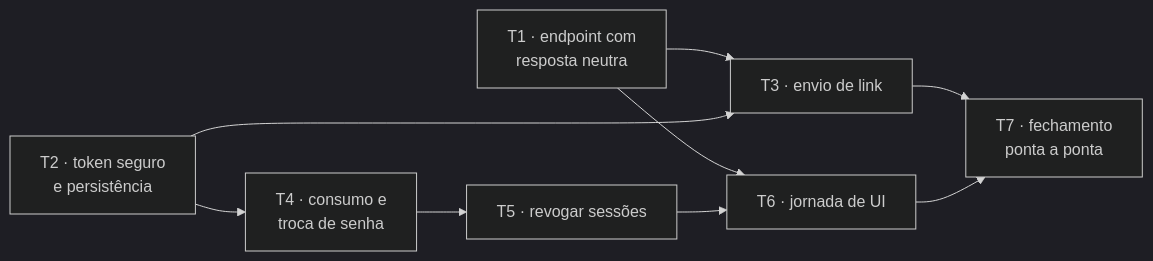
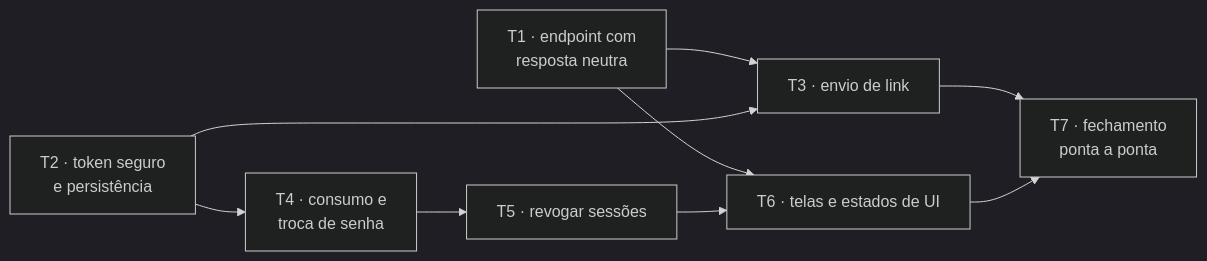
The first of 4 diagrams in docs/livro/08-estudo-de-caso.md (Erick-Marinho/do-zero-ao-agente), drawn with Mermaid (dark theme) before and after one commit. The commit also changed other lines of this file and 14 other files, not shown here.

````diff
--- a/docs/livro/08-estudo-de-caso.md
+++ b/docs/livro/08-estudo-de-caso.md
@@ -147,19 +147,19 @@
 ```mermaid
 flowchart LR
     T1[T1 · endpoint com<br/>resposta neutra]
     T2[T2 · token seguro<br/>e persistência]
     T3[T3 · envio de link]
     T4[T4 · consumo e<br/>troca de senha]
     T5[T5 · revogar sessões]
-    T6[T6 · jornada de UI]
+    T6[T6 · telas e estados de UI]
     T7[T7 · fechamento<br/>ponta a ponta]
 
     T1 --> T3
     T2 --> T3
     T2 --> T4
     T4 --> T5
     T1 --> T6
     T5 --> T6
     T3 --> T7
     T6 --> T7
 ```
````
